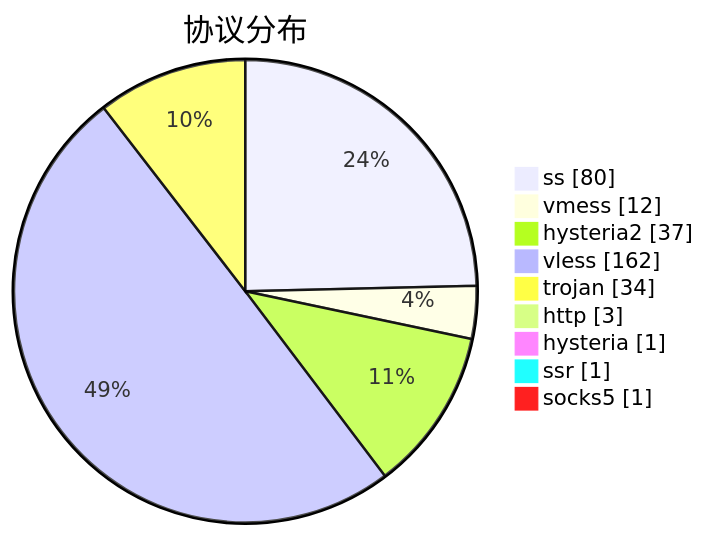
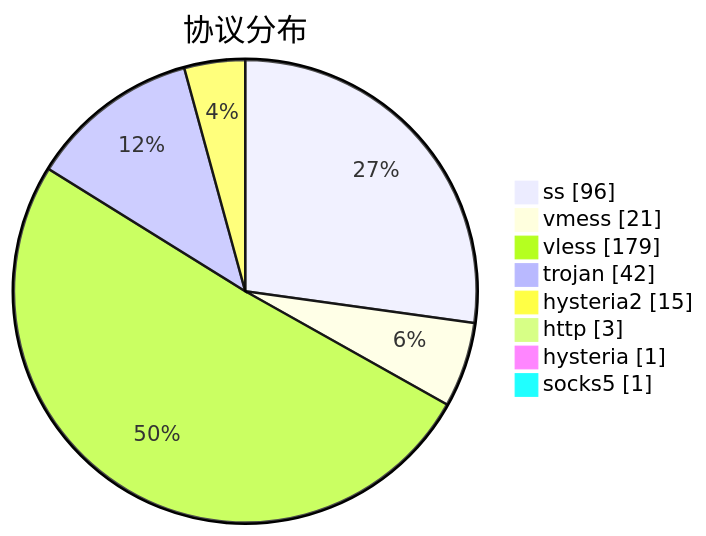
Before and after one commit to sinspired/airport: the third of 3 diagrams in subs/statistics/tested_within.md, drawn with Mermaid. The commit also changed other lines of this file and 2 other files, not shown here.

````diff
--- a/subs/statistics/tested_within.md
+++ b/subs/statistics/tested_within.md
@@ -48,13 +42,12 @@
 ```mermaid
 pie showData
 title 协议分布
-"ss" : 80
-"vmess" : 12
-"hysteria2" : 37
-"vless" : 162
-"trojan" : 34
+"ss" : 96
+"vmess" : 21
+"vless" : 179
+"trojan" : 42
+"hysteria2" : 15
 "http" : 3
 "hysteria" : 1
-"ssr" : 1
 "socks5" : 1
 ```
````
